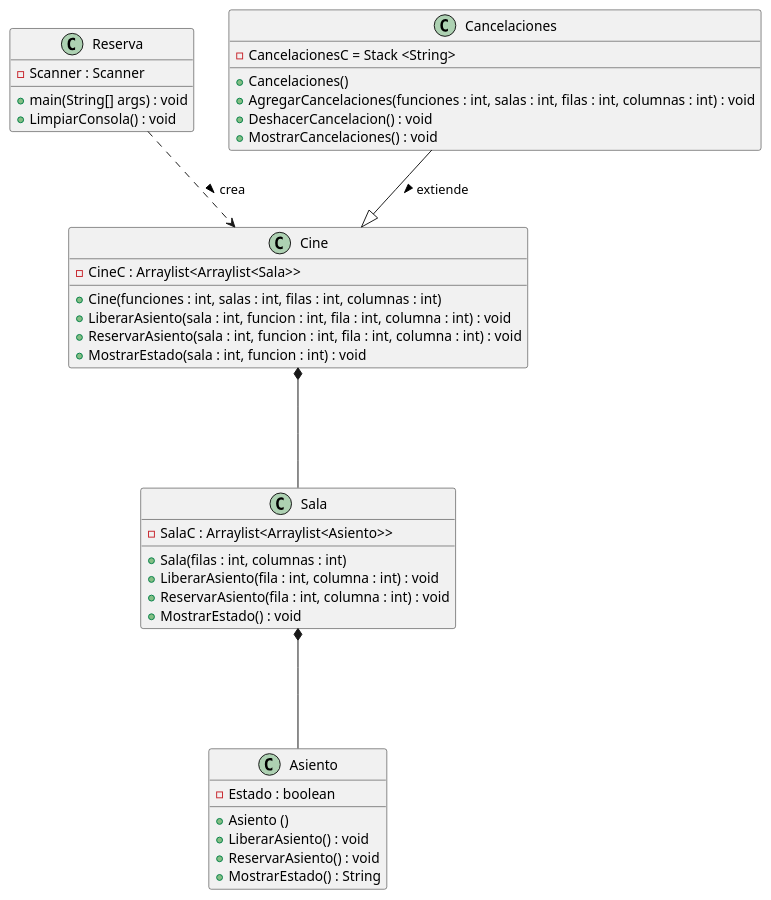
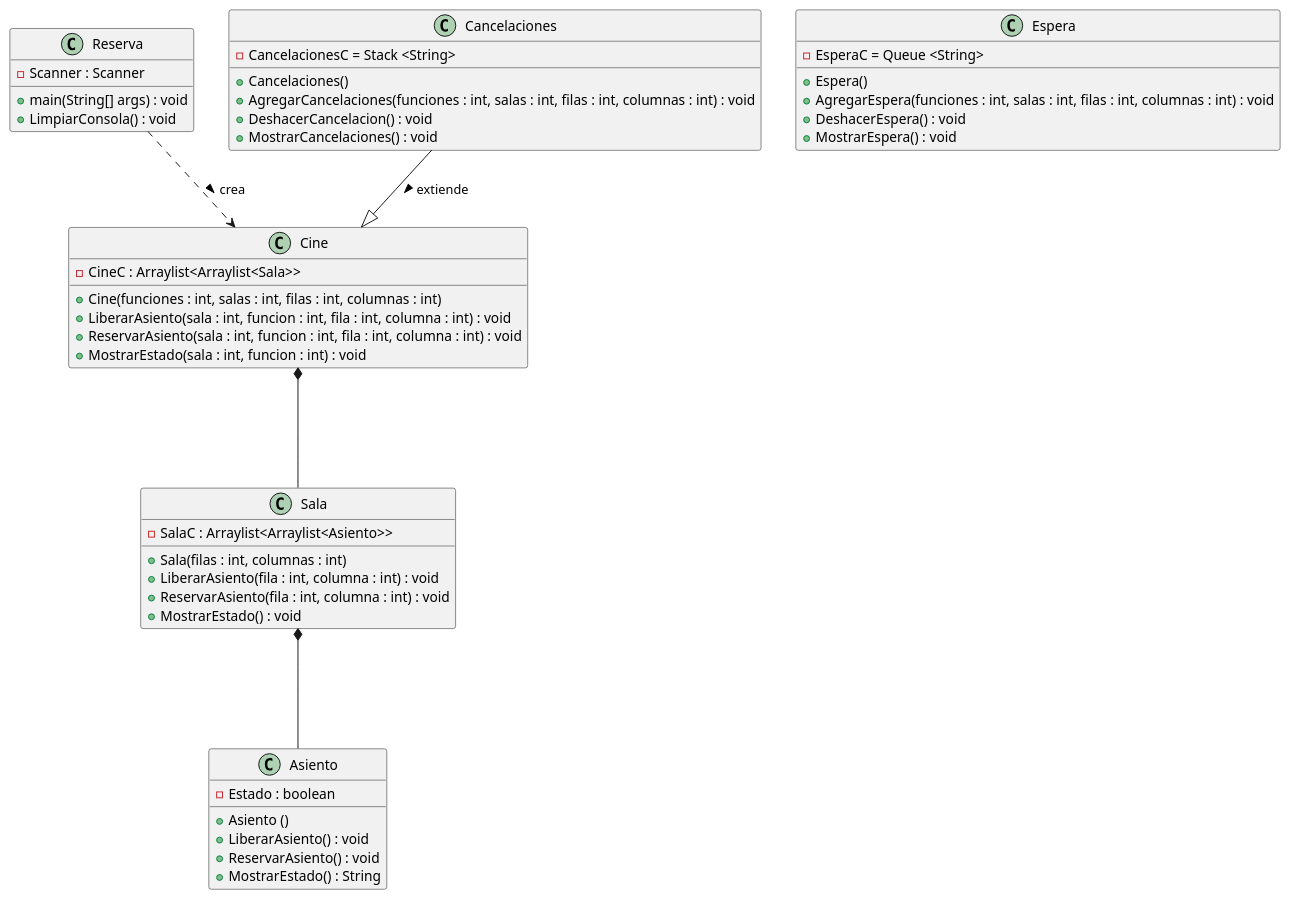
The diagram in bin/Diagrama_Cine.puml (Kuripipeer/PR_Sistema_de_reservas_cine), drawn with PlantUML before and after one commit. The commit also changed 13 other files, not shown here.

```diff
--- a/bin/Diagrama_Cine.puml
+++ b/bin/Diagrama_Cine.puml
@@ -1,47 +1,55 @@
 @startuml Sistema de reservas para cine
 
 class Asiento {
 
     - Estado : boolean
     + Asiento ()
     + LiberarAsiento() : void
     + ReservarAsiento() : void
     + MostrarEstado() : String
 }
 
 class Sala{
     - SalaC : Arraylist<Arraylist<Asiento>>
     + Sala(filas : int, columnas : int)
     + LiberarAsiento(fila : int, columna : int) : void
     + ReservarAsiento(fila : int, columna : int) : void
     + MostrarEstado() : void
 }
 
 class Cine{
     - CineC : Arraylist<Arraylist<Sala>>
     + Cine(funciones : int, salas : int, filas : int, columnas : int)
     + LiberarAsiento(sala : int, funcion : int, fila : int, columna : int) : void
     + ReservarAsiento(sala : int, funcion : int, fila : int, columna : int) : void
     + MostrarEstado(sala : int, funcion : int) : void
 }
 
 class Reserva {
     - Scanner : Scanner
     + main(String[] args) : void
     + LimpiarConsola() : void
 }
 
 class Cancelaciones{
     - CancelacionesC = Stack <String>
     + Cancelaciones()
     + AgregarCancelaciones(funciones : int, salas : int, filas : int, columnas : int) : void
     + DeshacerCancelacion() : void
     + MostrarCancelaciones() : void
 }
 
+class Espera{
+    - EsperaC = Queue <String>
+    + Espera()
+    + AgregarEspera(funciones : int, salas : int, filas : int, columnas : int) : void
+    + DeshacerEspera() : void
+    + MostrarEspera() : void
+}
+
 Cine *--- Sala
 Sala *--- Asiento
 Reserva ..> Cine : crea >
 Cancelaciones --|> Cine : extiende >
 
 @enduml
```
